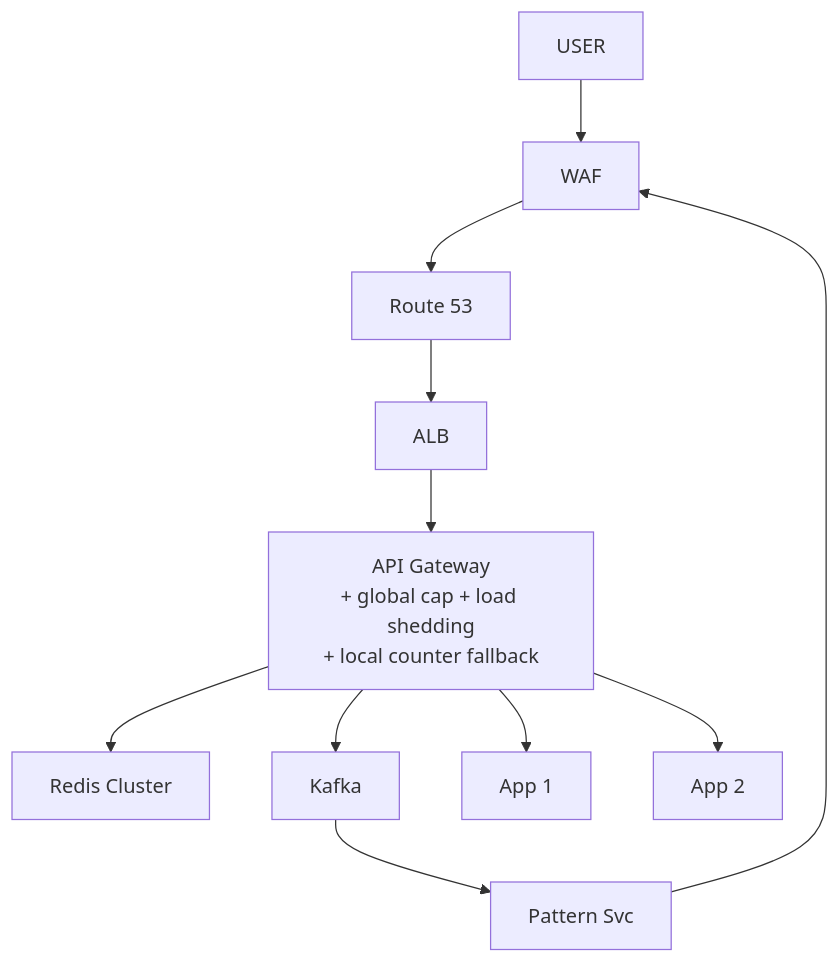
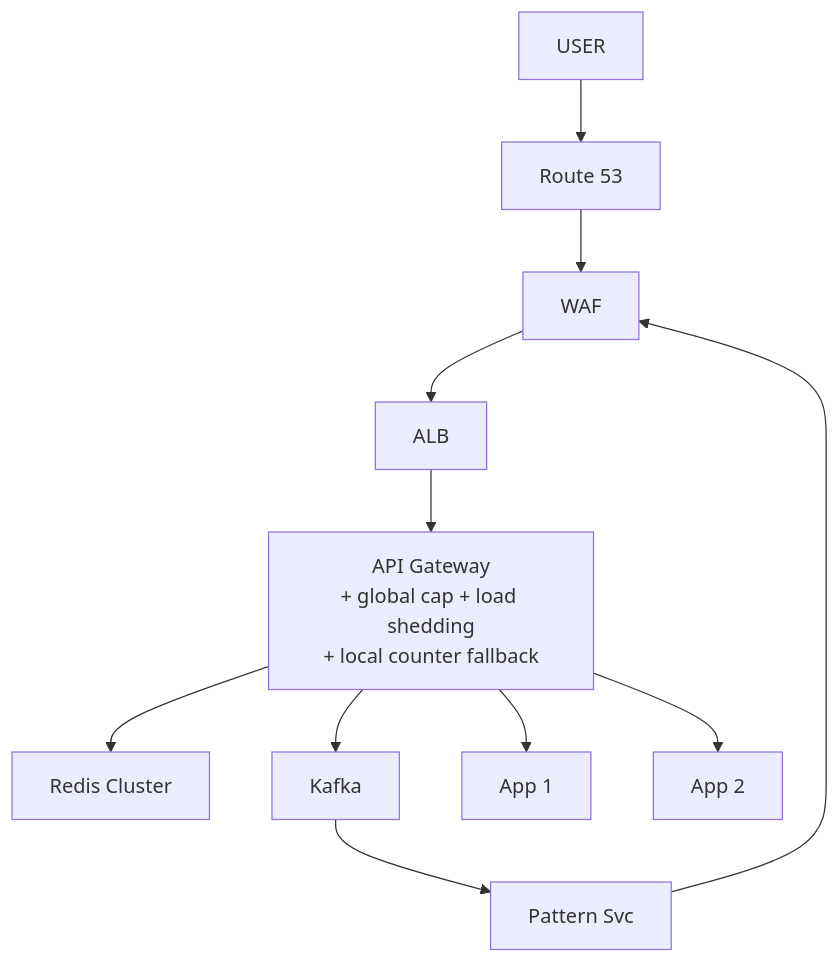
Before and after one commit to ArpanMaheshwari144/Prep: the tenth of 11 diagrams in 04_HLD/SYSTEM_DESIGNS/02_rate_limiter/02_rate_limiter.md, drawn with Mermaid. The commit also changed other lines of this file and 7 other files, not shown here.

Commit message:
HLD design files: tathya theek (Cassandra copies, bit.ly 301, presigned size limit, ES union, docs version key, BMS dikkat 6, chat cursor misaal) + URL / rate limiter diagram (App -> DB, Route 53 -> LB / WAF -> ALB)

````diff
--- a/04_HLD/SYSTEM_DESIGNS/02_rate_limiter/02_rate_limiter.md
+++ b/04_HLD/SYSTEM_DESIGNS/02_rate_limiter/02_rate_limiter.md
@@ -507,23 +507,23 @@
 ```mermaid
 flowchart TD
     n_USER["USER"]
     n_Route_53["Route 53"]
     n_ALB["ALB"]
     n_API_Gateway["API Gateway<br/>+ global cap + load shedding<br/>+ local counter fallback"]
     n_Redis_Cluster["Redis Cluster"]
     n_Kafka["Kafka"]
     n_Pattern_Svc["Pattern Svc"]
     n_WAF["WAF"]
     n_App_x_N_1["App 1"]
     n_App_x_N_2["App 2"]
-    n_Route_53 --> n_ALB
     n_ALB --> n_API_Gateway
     n_API_Gateway --> n_Redis_Cluster
     n_API_Gateway --> n_App_x_N_1
     n_API_Gateway --> n_App_x_N_2
     n_Kafka --> n_Pattern_Svc
     n_Pattern_Svc --> n_WAF
     n_API_Gateway --> n_Kafka
-    n_USER --> n_WAF
-    n_WAF --> n_Route_53
+    n_USER --> n_Route_53
+    n_Route_53 --> n_WAF
+    n_WAF --> n_ALB
 ```
````
